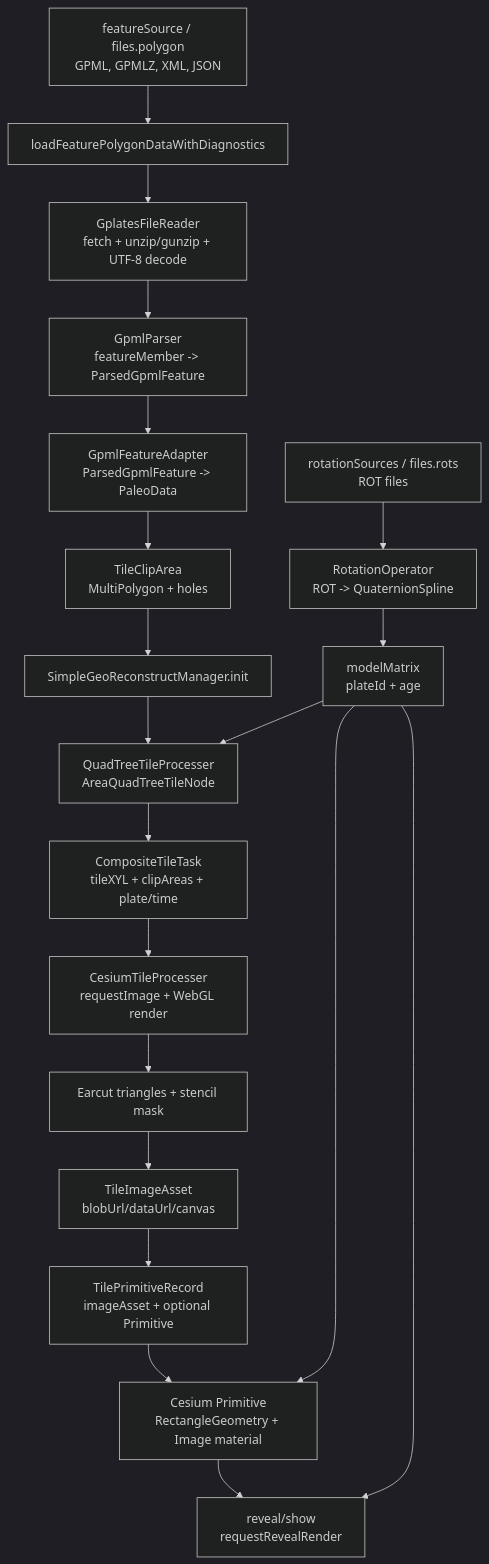
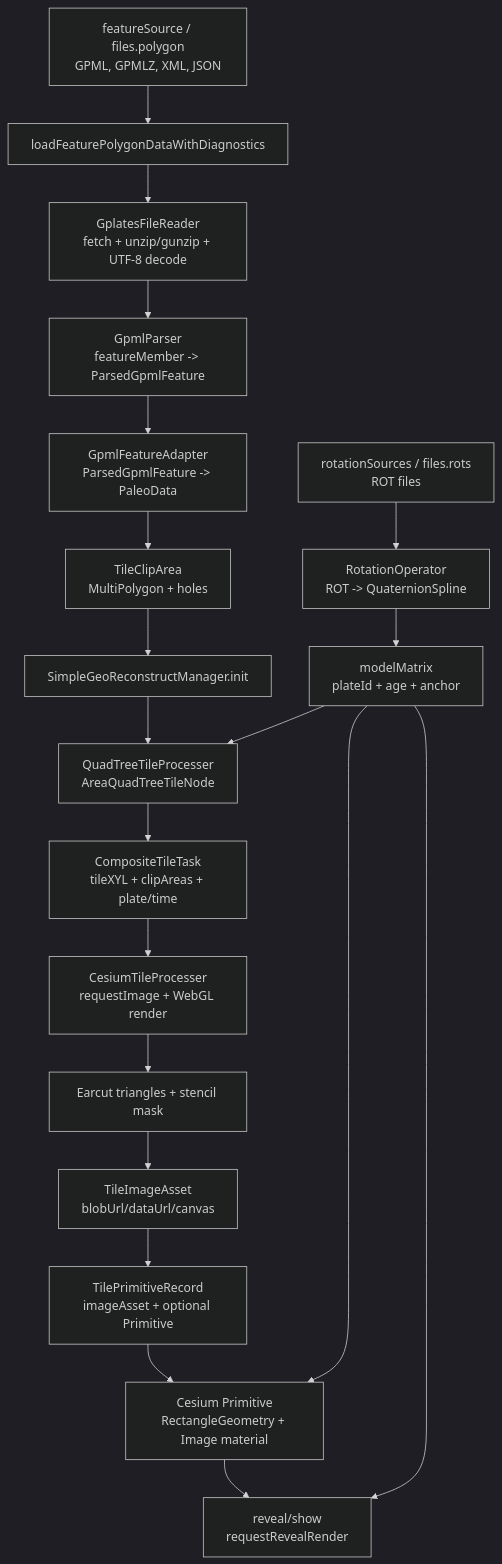
One commit to Computational-Planet/reconstructable-tile-layer changed the diagram in packages/simple-geo-reconstruct/docs/paleo-reconstruction-data-flow.md. Above: the diagram before and after it, drawn with Mermaid (dark theme). The commit also changed other lines of this file and 16 other files, not shown here.

````diff
--- a/packages/simple-geo-reconstruct/docs/paleo-reconstruction-data-flow.md
+++ b/packages/simple-geo-reconstruct/docs/paleo-reconstruction-data-flow.md
@@ -7,42 +7,42 @@
 ```mermaid
 flowchart TD
   FeatureSource["featureSource / files.polygon<br/>GPML, GPMLZ, XML, JSON"]
   RotationSource["rotationSources / files.rots<br/>ROT files"]
   Loader["loadFeaturePolygonDataWithDiagnostics"]
   Reader["GplatesFileReader<br/>fetch + unzip/gunzip + UTF-8 decode"]
   Parser["GpmlParser<br/>featureMember -> ParsedGpmlFeature"]
   Adapter["GpmlFeatureAdapter<br/>ParsedGpmlFeature -> PaleoData"]
   ClipArea["TileClipArea<br/>MultiPolygon + holes"]
   Manager["SimpleGeoReconstructManager.init"]
   QuadTree["QuadTreeTileProcesser<br/>AreaQuadTreeTileNode"]
   TileTasks["CompositeTileTask<br/>tileXYL + clipAreas + plate/time"]
   TileProcessor["CesiumTileProcesser<br/>requestImage + WebGL render"]
   Mask["Earcut triangles + stencil mask"]
   Asset["TileImageAsset<br/>blobUrl/dataUrl/canvas"]
   Record["TilePrimitiveRecord<br/>imageAsset + optional Primitive"]
   Primitive["Cesium Primitive<br/>RectangleGeometry + Image material"]
   Reveal["reveal/show<br/>requestRevealRender"]
   Rotation["RotationOperator<br/>ROT -> QuaternionSpline"]
-  Matrix["modelMatrix<br/>plateId + age"]
+  Matrix["modelMatrix<br/>plateId + age + anchor"]
 
   FeatureSource --> Loader
   Loader --> Reader
   Reader --> Parser
   Parser --> Adapter
   Adapter --> ClipArea
   ClipArea --> Manager
   Manager --> QuadTree
   QuadTree --> TileTasks
   TileTasks --> TileProcessor
   TileProcessor --> Mask
   Mask --> Asset
   Asset --> Record
   Record --> Primitive
   Primitive --> Reveal
 
   RotationSource --> Rotation
   Rotation --> Matrix
   Matrix --> QuadTree
   Matrix --> Primitive
   Matrix --> Reveal
 ```
````
